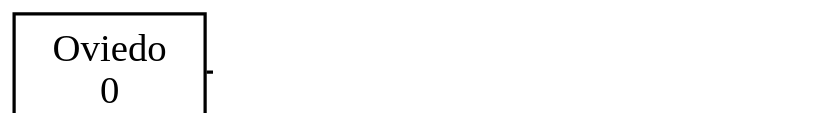
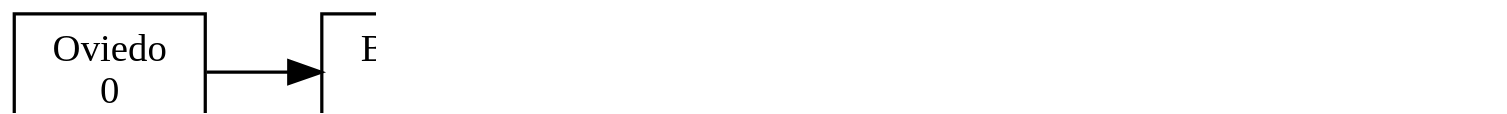
One commit to Pegre369/-EDD-Proyecto2_201701187_201706357 changed the diagram in [EDD]Proyecto2/Lista_Rutas3.dot. Above: the diagram before and after it, drawn with Graphviz. The commit also changed 14 other files, not shown here.

```diff
--- a/[EDD]Proyecto2/Lista_Rutas3.dot
+++ b/[EDD]Proyecto2/Lista_Rutas3.dot
@@ -1,14 +1,20 @@
 digraph G {
  rankdir=LR 
  node[shape=box];
 graph [ dpi = 300 ];
 Oviedo[ label = "Oviedo
 0", fontsize=12]; 
 Bilbao[ label = "Bilbao
 304", fontsize=12];
-Valladolid[ label = "Valladolid
-584", fontsize=12];
+Zaragoza[ label = "Zaragoza
+628", fontsize=12];
+Barcelona[ label = "Barcelona
+924", fontsize=12];
+Gerona[ label = "Gerona
+1024", fontsize=12];
 Oviedo->Bilbao;
-Bilbao->Valladolid;
+Bilbao->Zaragoza;
+Zaragoza->Barcelona;
+Barcelona->Gerona;
 
 }
```
